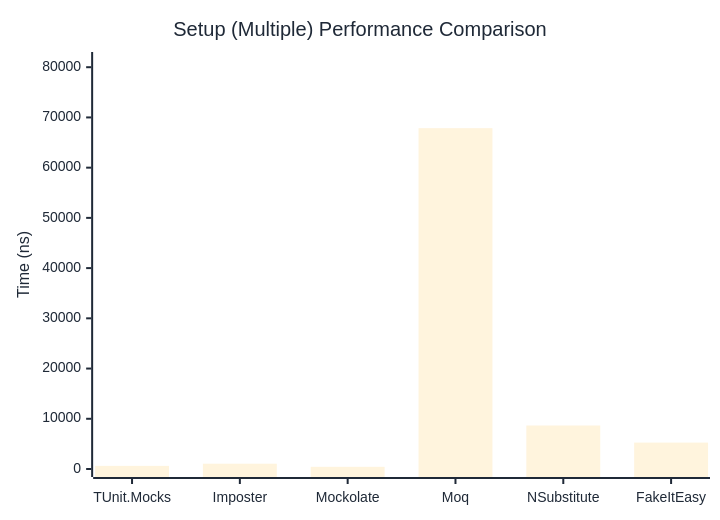
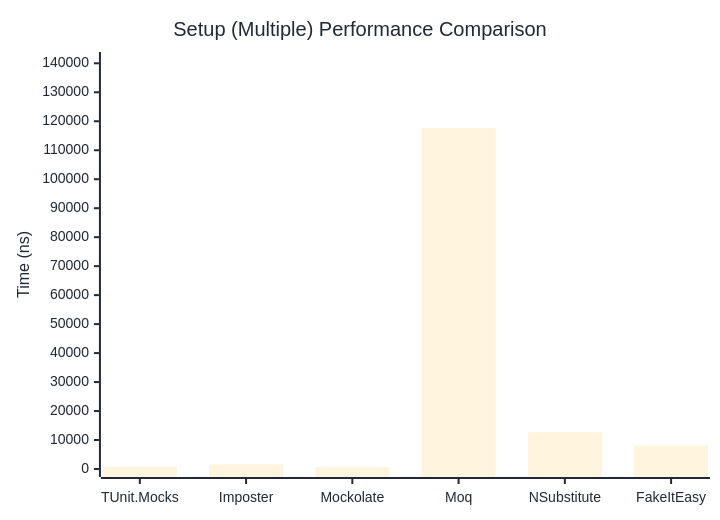
Before and after one commit to thomhurst/TUnit: the second of 2 diagrams in docs/docs/benchmarks/mocks/Setup.md, drawn with Mermaid. The commit also changed other lines of this file and 14 other files, not shown here.

````diff
--- a/docs/docs/benchmarks/mocks/Setup.md
+++ b/docs/docs/benchmarks/mocks/Setup.md
@@ -71,27 +71,27 @@
 ```mermaid
 %%{init: {
   'theme':'base',
   'themeVariables': {
     'primaryColor': '#2563eb',
     'primaryTextColor': '#1f2937',
     'primaryBorderColor': '#1e40af',
     'lineColor': '#6b7280',
     'secondaryColor': '#7c3aed',
     'tertiaryColor': '#dc2626',
     'background': '#ffffff',
     'pie1': '#2563eb',
     'pie2': '#7c3aed',
     'pie3': '#dc2626',
     'pie4': '#f59e0b',
     'pie5': '#10b981',
     'pie6': '#06b6d4',
     'pie7': '#ec4899',
     'pie8': '#6366f1'
   }
 }}%%
 xychart-beta
   title "Setup (Multiple) Performance Comparison"
   x-axis ["TUnit.Mocks", "Imposter", "Mockolate", "Moq", "NSubstitute", "FakeItEasy"]
-  y-axis "Time (ns)" 0 --> 81435
-  bar [624.9, 1053.9, 433, 67862, 8661, 5256.8]
+  y-axis "Time (ns)" 0 --> 141141
+  bar [838.4, 1597, 575.4, 117616.8, 12707.1, 8095]
 ```
````
